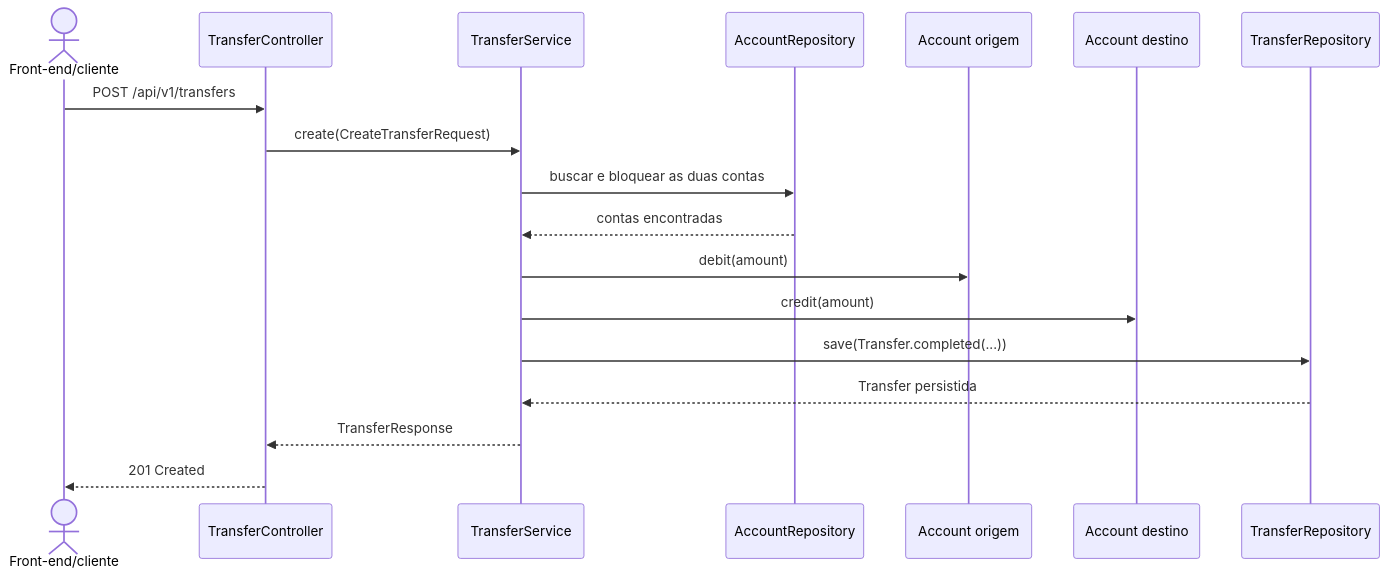
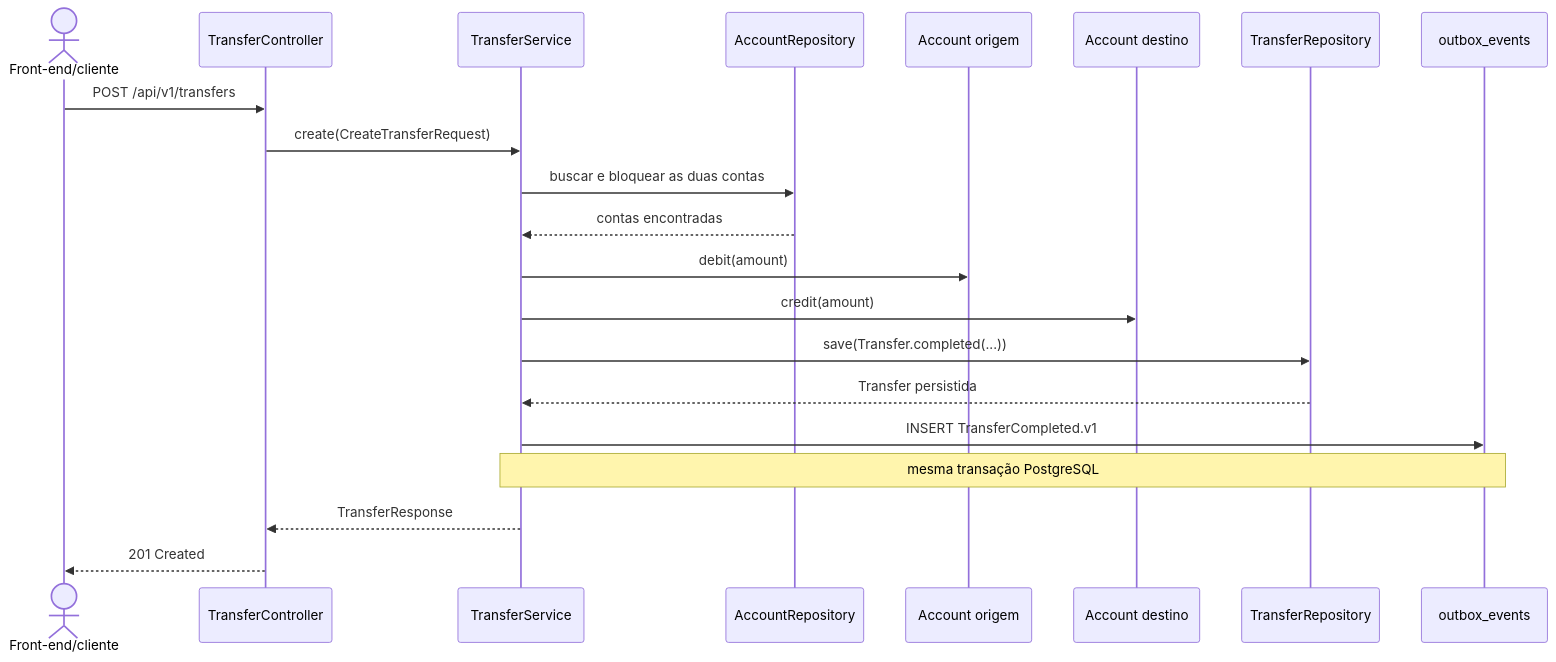
One commit to WilliamRochaJR/pay-flow changed the third of 3 diagrams in docs/domain-model.md. Above: the diagram before and after it, drawn with Mermaid. The commit also changed other lines of this file and 11 other files, not shown here.

Commit message:
feat(events): add transactional transfer outbox

````diff
--- a/docs/domain-model.md
+++ b/docs/domain-model.md
@@ -204,21 +242,24 @@
 ```mermaid
 sequenceDiagram
     actor Client as Front-end/cliente
     participant Controller as TransferController
     participant Service as TransferService
     participant Accounts as AccountRepository
     participant Source as Account origem
     participant Destination as Account destino
     participant Transfers as TransferRepository
+    participant Outbox as outbox_events
 
     Client->>Controller: POST /api/v1/transfers
     Controller->>Service: create(CreateTransferRequest)
     Service->>Accounts: buscar e bloquear as duas contas
     Accounts-->>Service: contas encontradas
     Service->>Source: debit(amount)
     Service->>Destination: credit(amount)
     Service->>Transfers: save(Transfer.completed(...))
     Transfers-->>Service: Transfer persistida
+    Service->>Outbox: INSERT TransferCompleted.v1
+    Note over Service,Outbox: mesma transação PostgreSQL
     Service-->>Controller: TransferResponse
     Controller-->>Client: 201 Created
 ```
````
